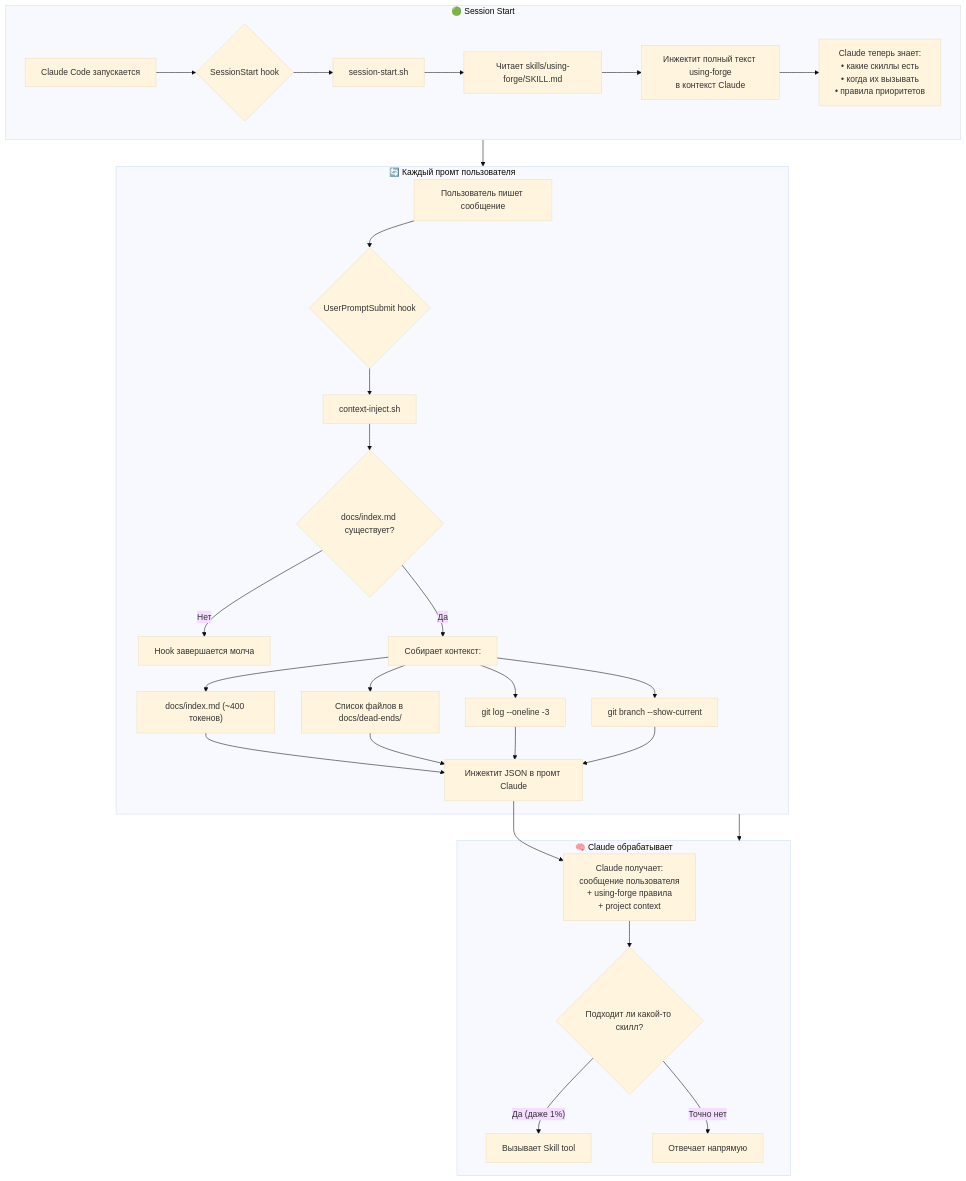
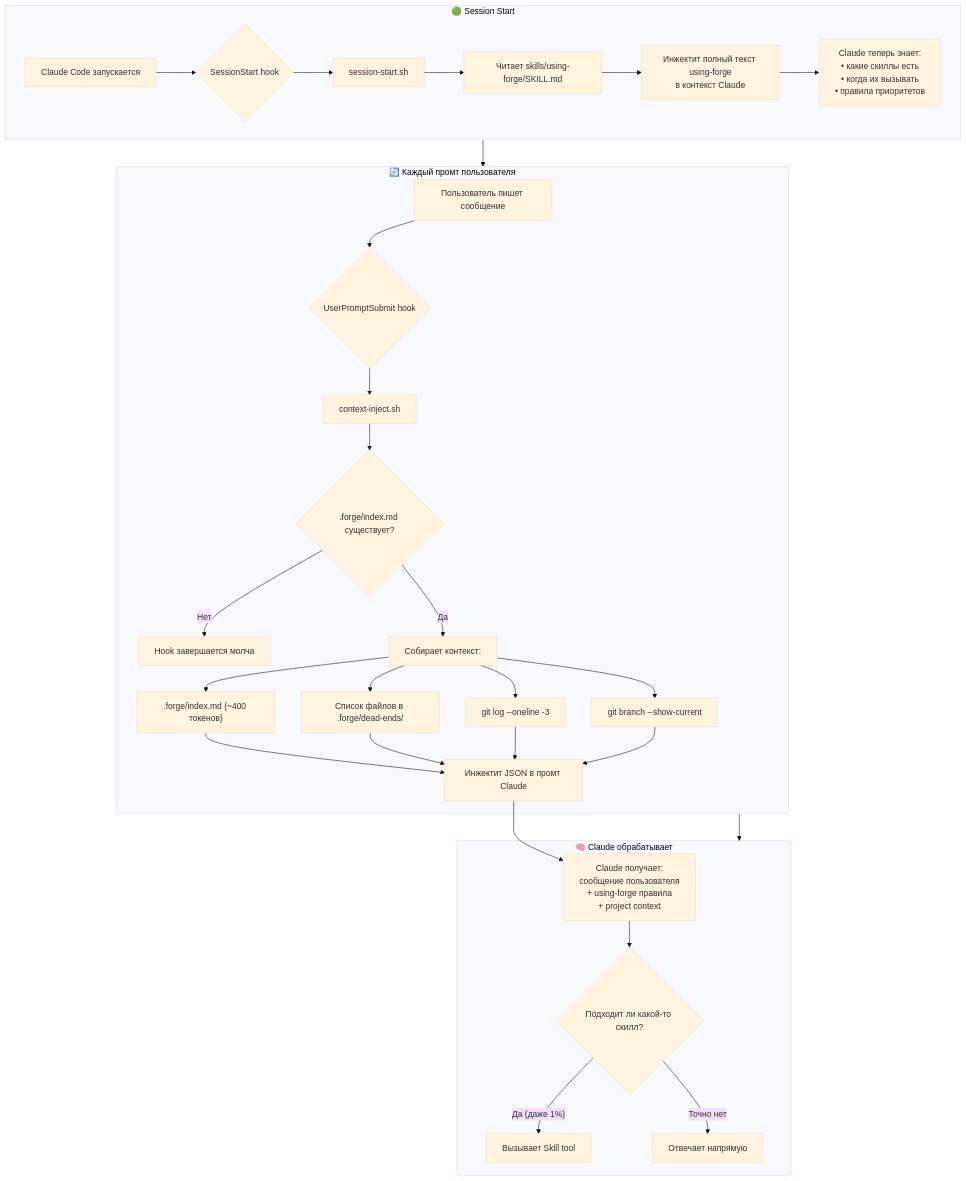
Before and after one commit to anton-ai5010/forge: the first of 5 diagrams in forge-plugin/docs/forge-runtime-flow.md, drawn with Mermaid (base theme). The commit also changed other lines of this file and 42 other files, not shown here.

````diff
--- a/forge-plugin/docs/forge-runtime-flow.md
+++ b/forge-plugin/docs/forge-runtime-flow.md
@@ -9,33 +9,33 @@
 ```mermaid
 flowchart TB
     subgraph SESSION_START["🟢 Session Start"]
         A[Claude Code запускается] --> B{SessionStart hook}
         B --> C[session-start.sh]
         C --> D["Читает skills/using-forge/SKILL.md"]
         D --> E["Инжектит полный текст using-forge<br/>в контекст Claude"]
         E --> F["Claude теперь знает:<br/>• какие скиллы есть<br/>• когда их вызывать<br/>• правила приоритетов"]
     end
 
     subgraph EVERY_PROMPT["🔄 Каждый промт пользователя"]
         G[Пользователь пишет сообщение] --> H{UserPromptSubmit hook}
         H --> I[context-inject.sh]
-        I --> J{docs/index.md существует?}
+        I --> J{.forge/index.md существует?}
         J -- Нет --> K[Hook завершается молча]
         J -- Да --> L["Собирает контекст:"]
-        L --> L1["docs/index.md (~400 токенов)"]
-        L --> L2["Список файлов в docs/dead-ends/"]
+        L --> L1[".forge/index.md (~400 токенов)"]
+        L --> L2["Список файлов в .forge/dead-ends/"]
         L --> L3["git log --oneline -3"]
         L --> L4["git branch --show-current"]
         L1 & L2 & L3 & L4 --> M["Инжектит JSON в промт Claude"]
     end
 
     subgraph CLAUDE_THINKS["🧠 Claude обрабатывает"]
         M --> N["Claude получает:<br/>сообщение пользователя<br/>+ using-forge правила<br/>+ project context"]
         N --> O{Подходит ли какой-то скилл?}
         O -- "Да (даже 1%)" --> P["Вызывает Skill tool"]
         O -- "Точно нет" --> Q["Отвечает напрямую"]
     end
 
     SESSION_START --> EVERY_PROMPT
     EVERY_PROMPT --> CLAUDE_THINKS
 ```
````
